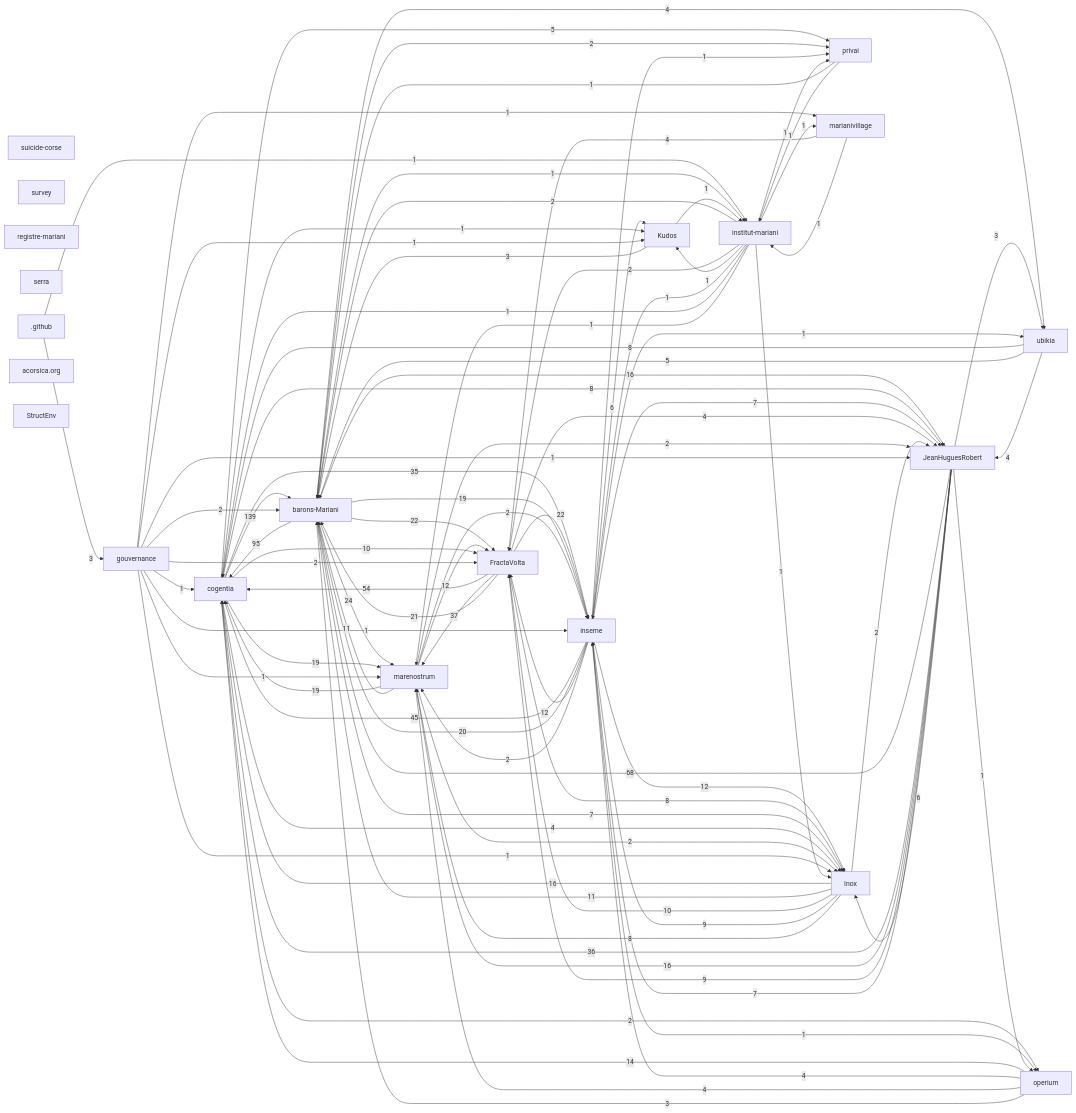
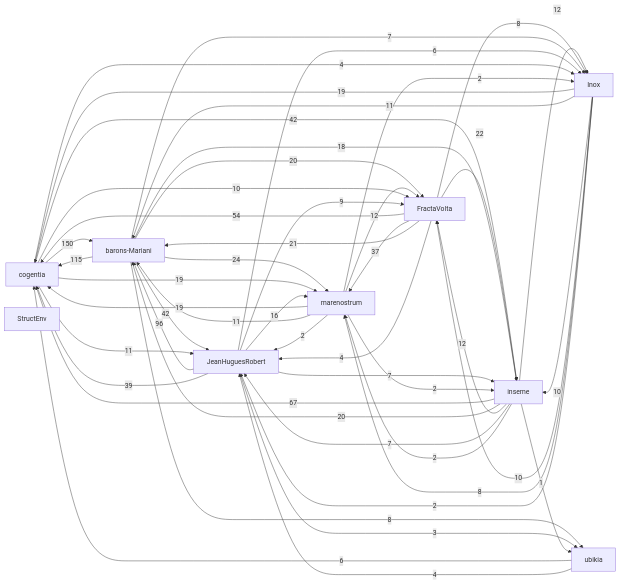
Before and after one commit to JeanHuguesRobert/cogentia: the first of 2 diagrams in research/corpus-status.md, drawn with Mermaid. The commit also changed other lines of this file and 12 other files, not shown here.

````diff
--- a/research/corpus-status.md
+++ b/research/corpus-status.md
@@ -71,108 +59,56 @@
   r_fractavolta["FractaVolta"]
   r_marenostrum["marenostrum"]
   r_barons_mariani["barons-Mariani"]
-  r_suicide_corse["suicide-corse"]
   r_inseme["inseme"]
-  r_survey["survey"]
   r_inox["Inox"]
-  r_registre_mariani["registre-mariani"]
   r_ubikia["ubikia"]
-  r_operium["operium"]
-  r_serra["serra"]
   r_jeanhuguesrobert["JeanHuguesRobert"]
-  r_privai["privai"]
-  r_gouvernance["gouvernance"]
-  r_marianivillage["marianivillage"]
-  r_institut_mariani["institut-mariani"]
-  r_kudos["Kudos"]
-  r_github[".github"]
-  r_acorsica_org["acorsica.org"]
   r_structenv["StructEnv"]
-  r_cogentia -->|139| r_barons_mariani
-  r_barons_mariani -->|95| r_cogentia
-  r_jeanhuguesrobert -->|68| r_barons_mariani
+  r_cogentia -->|150| r_barons_mariani
+  r_barons_mariani -->|115| r_cogentia
+  r_jeanhuguesrobert -->|96| r_barons_mariani
+  r_inseme -->|67| r_cogentia
   r_fractavolta -->|54| r_cogentia
-  r_inseme -->|45| r_cogentia
+  r_barons_mariani -->|42| r_jeanhuguesrobert
+  r_cogentia -->|42| r_inseme
+  r_jeanhuguesrobert -->|39| r_cogentia
   r_fractavolta -->|37| r_marenostrum
-  r_jeanhuguesrobert -->|36| r_cogentia
-  r_cogentia -->|35| r_inseme
   r_barons_mariani -->|24| r_marenostrum
-  r_barons_mariani -->|22| r_fractavolta
   r_fractavolta -->|22| r_inseme
   r_fractavolta -->|21| r_barons_mariani
+  r_barons_mariani -->|20| r_fractavolta
   r_inseme -->|20| r_barons_mariani
-  r_barons_mariani -->|19| r_inseme
   r_cogentia -->|19| r_marenostrum
+  r_inox -->|19| r_cogentia
   r_marenostrum -->|19| r_cogentia
-  r_barons_mariani -->|16| r_jeanhuguesrobert
-  r_inox -->|16| r_cogentia
+  r_barons_mariani -->|18| r_inseme
   r_jeanhuguesrobert -->|16| r_marenostrum
-  r_operium -->|14| r_cogentia
   r_inseme -->|12| r_fractavolta
   r_inseme -->|12| r_inox
   r_marenostrum -->|12| r_fractavolta
+  r_cogentia -->|11| r_jeanhuguesrobert
   r_inox -->|11| r_barons_mariani
   r_marenostrum -->|11| r_barons_mariani
   r_cogentia -->|10| r_fractavolta
+  r_inox -->|10| r_inseme
   r_inox -->|10| r_fractavolta
-  r_inox -->|9| r_inseme
   r_jeanhuguesrobert -->|9| r_fractavolta
-  r_cogentia -->|8| r_jeanhuguesrobert
+  r_barons_mariani -->|8| r_ubikia
   r_fractavolta -->|8| r_inox
   r_inox -->|8| r_marenostrum
-  r_ubikia -->|8| r_cogentia
   r_barons_mariani -->|7| r_inox
   r_inseme -->|7| r_jeanhuguesrobert
   r_jeanhuguesrobert -->|7| r_inseme
-  r_inseme -->|6| r_kudos
   r_jeanhuguesrobert -->|6| r_inox
-  r_cogentia -->|5| r_privai
-  r_ubikia -->|5| r_barons_mariani
-  r_barons_mariani -->|4| r_ubikia
+  r_ubikia -->|6| r_cogentia
   r_cogentia -->|4| r_inox
   r_fractavolta -->|4| r_jeanhuguesrobert
-  r_marianivillage -->|4| r_fractavolta
-  r_operium -->|4| r_inseme
-  r_operium -->|4| r_marenostrum
   r_ubikia -->|4| r_jeanhuguesrobert
-  r_github -->|3| r_gouvernance
   r_jeanhuguesrobert -->|3| r_ubikia
-  r_kudos -->|3| r_barons_mariani
-  r_operium -->|3| r_barons_mariani
-  r_barons_mariani -->|2| r_privai
-  r_cogentia -->|2| r_operium
-  r_gouvernance -->|2| r_barons_mariani
-  r_gouvernance -->|2| r_fractavolta
   r_inox -->|2| r_jeanhuguesrobert
   r_inseme -->|2| r_marenostrum
-  r_institut_mariani -->|2| r_barons_mariani
-  r_institut_mariani -->|2| r_fractavolta
   r_marenostrum -->|2| r_jeanhuguesrobert
   r_marenostrum -->|2| r_inseme
   r_marenostrum -->|2| r_inox
-  r_github -->|1| r_institut_mariani
-  r_barons_mariani -->|1| r_institut_mariani
-  r_cogentia -->|1| r_kudos
-  r_gouvernance -->|1| r_jeanhuguesrobert
-  r_gouvernance -->|1| r_cogentia
-  r_gouvernance -->|1| r_inseme
-  r_gouvernance -->|1| r_marenostrum
-  r_gouvernance -->|1| r_inox
-  r_gouvernance -->|1| r_kudos
-  r_gouvernance -->|1| r_marianivillage
-  r_inseme -->|1| r_operium
-  r_inseme -->|1| r_privai
   r_inseme -->|1| r_ubikia
-  r_institut_mariani -->|1| r_privai
-  r_institut_mariani -->|1| r_kudos
-  r_institut_mariani -->|1| r_marianivillage
-  r_institut_mariani -->|1| r_inseme
-  r_institut_mariani -->|1| r_cogentia
-  r_institut_mariani -->|1| r_marenostrum
-  r_institut_mariani -->|1| r_inox
-  r_jeanhuguesrobert -->|1| r_operium
-  r_kudos -->|1| r_institut_mariani
-  r_marianivillage -->|1| r_institut_mariani
-  r_privai -->|1| r_barons_mariani
-  r_privai -->|1| r_institut_mariani
 ```
````
